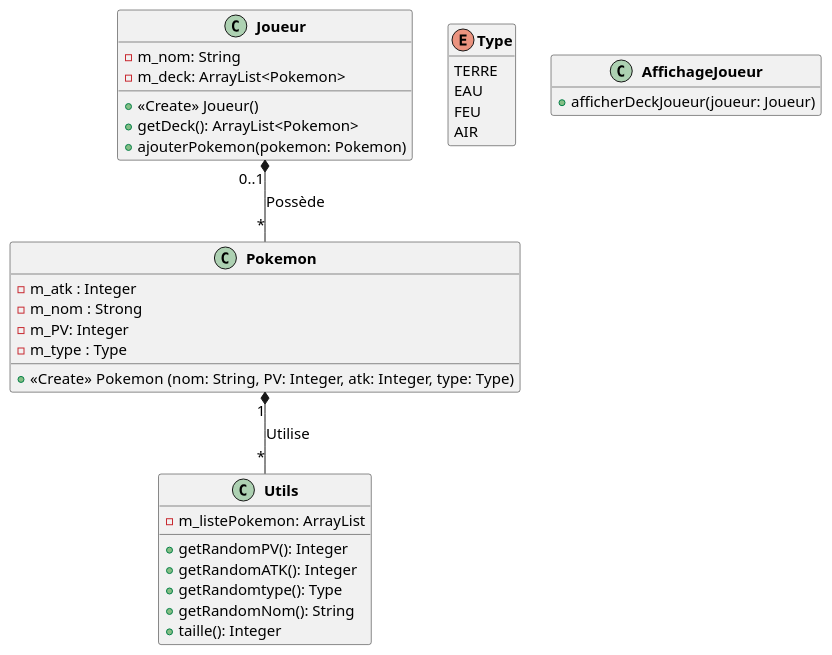
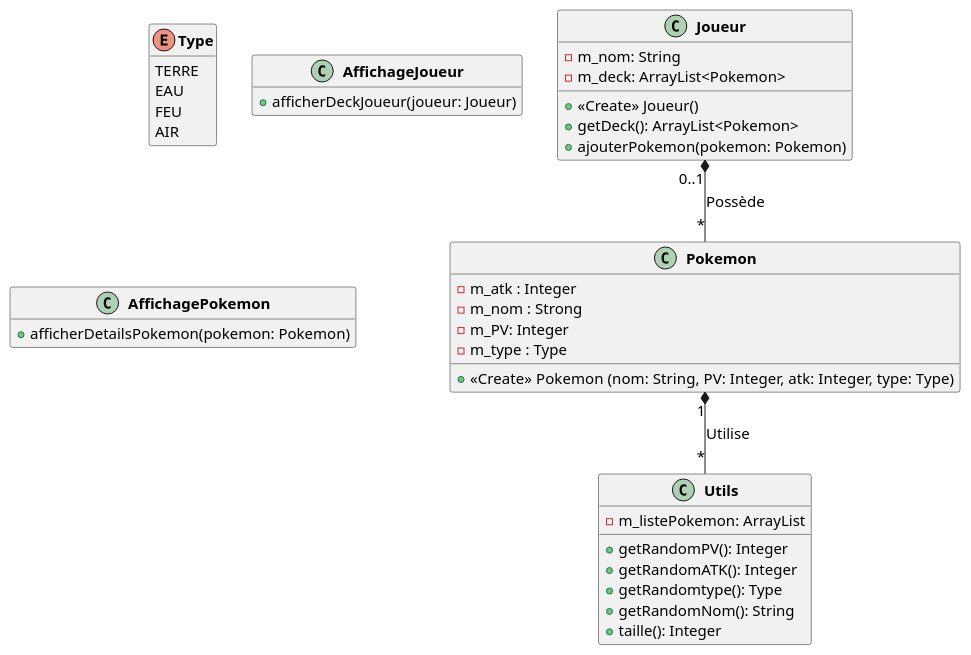
The diagram in uml/semaine1.puml (julot424/POOkemon), drawn with PlantUML before and after one commit.

Commit message:
UPDATE semaine1, Ajout class AffichagePokemon pour afficher les details d'un Pokemon

```diff
--- a/uml/semaine1.puml
+++ b/uml/semaine1.puml
@@ -1,45 +1,47 @@
 @startuml
 scale 1
 skinparam classFontStyle Bold
 skinparam defaultFontSize 15
 hide empty members
 skinparam classAttribute IconSize 0
 skinparam classFontStyle Bold
 hide enum methods
 
 
 class Pokemon{
     -m_atk : Integer
     -m_nom : Strong
     -m_PV: Integer
     -m_type : Type
     +<<Create>> Pokemon (nom: String, PV: Integer, atk: Integer, type: Type)
 }
 enum Type{
         TERRE
         EAU
         FEU
         AIR
 }
 class Utils{
     -m_listePokemon: ArrayList
     +getRandomPV(): Integer
     +getRandomATK(): Integer
     +getRandomtype(): Type
     +getRandomNom(): String
     +taille(): Integer
 }
 class Joueur{
     -m_nom: String
     -m_deck: ArrayList<Pokemon>
     +<<Create>> Joueur()
     +getDeck(): ArrayList<Pokemon>
     +ajouterPokemon(pokemon: Pokemon)
 }
 class AffichageJoueur{
     +afficherDeckJoueur(joueur: Joueur)
 }
-
+class AffichagePokemon{
+    +afficherDetailsPokemon(pokemon: Pokemon)
+}
 Pokemon "1" *-- "*" Utils : Utilise
 Joueur "0..1" *-- "*" Pokemon : Possède
 @enduml
```
